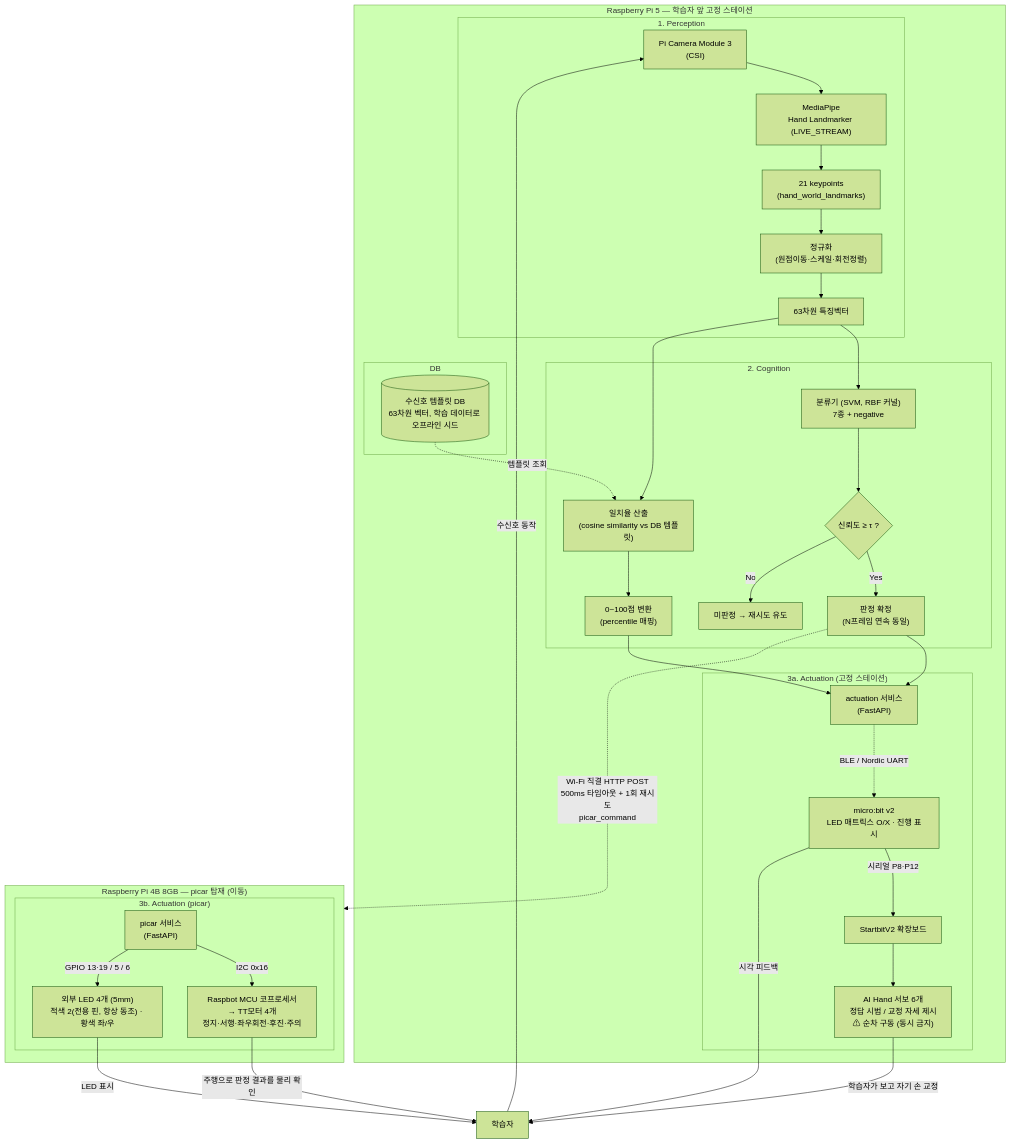
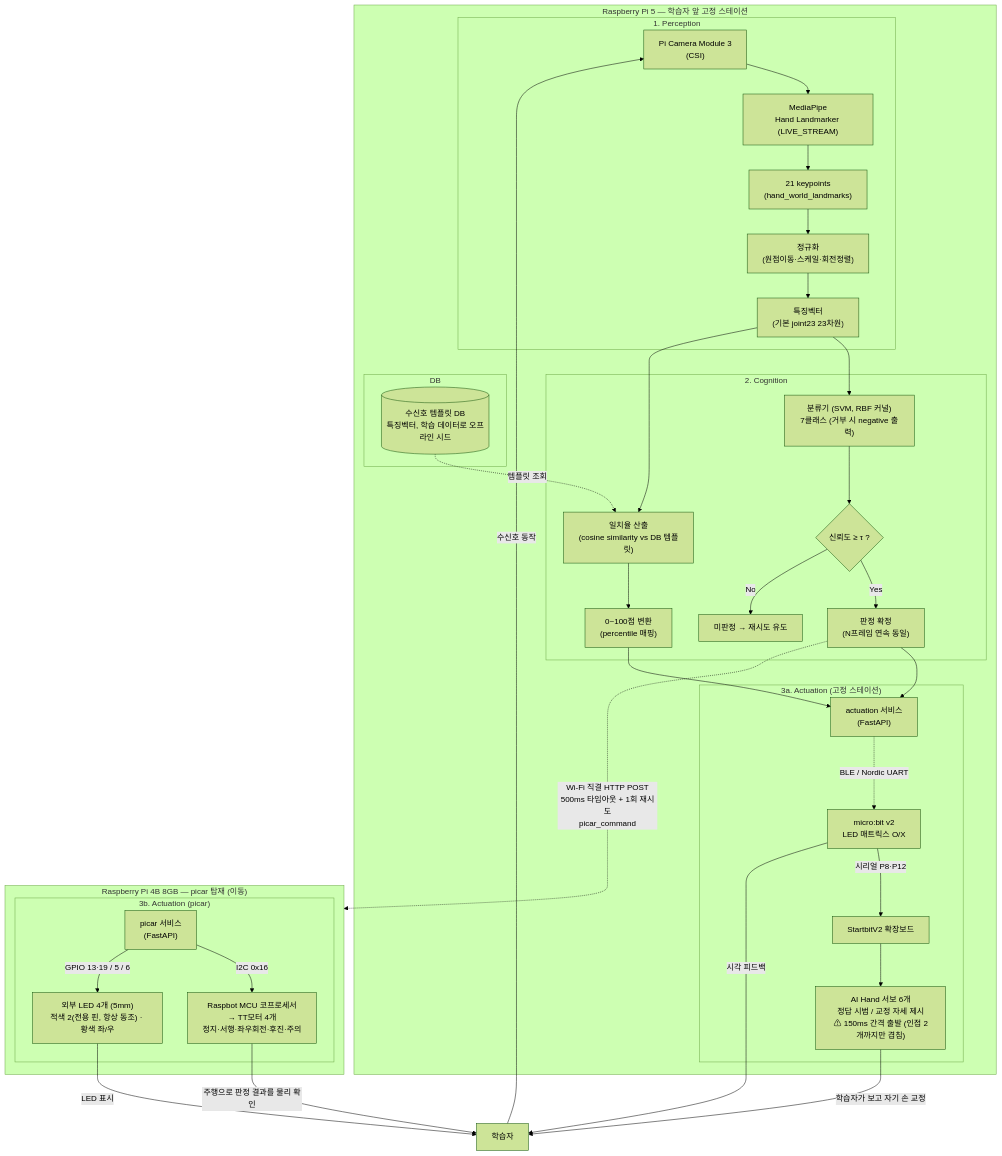
One commit to Lee35678/SafeSign_PhysicalAI changed the diagram in document/02_설계문서.md. Above: the diagram before and after it, drawn with Mermaid (forest theme). The commit also changed other lines of this file and 18 other files, not shown here.

````diff
--- a/document/02_설계문서.md
+++ b/document/02_설계문서.md
@@ -266,49 +231,49 @@
 ```mermaid
 flowchart TD
     subgraph RPI5["Raspberry Pi 5 — 학습자 앞 고정 스테이션"]
         subgraph PERCEPTION["1. Perception"]
             D["Pi Camera Module 3<br/>(CSI)"] --> E["MediaPipe<br/>Hand Landmarker (LIVE_STREAM)"]
             E --> F["21 keypoints<br/>(hand_world_landmarks)"]
             F --> G["정규화<br/>(원점이동·스케일·회전정렬)"]
-            G --> H["63차원 특징벡터"]
+            G --> H["특징벡터<br/>(기본 joint23 23차원)"]
         end
 
         subgraph COGNITION["2. Cognition"]
-            H --> I["분류기 (SVM, RBF 커널)<br/>7종 + negative"]
+            H --> I["분류기 (SVM, RBF 커널)<br/>7클래스 (거부 시 negative 출력)"]
             H --> J["일치율 산출<br/>(cosine similarity vs DB 템플릿)"]
             I --> K{"신뢰도 ≥ τ ?"}
             K -->|Yes| L["판정 확정<br/>(N프레임 연속 동일)"]
             K -->|No| M["미판정 → 재시도 유도"]
             J --> N["0~100점 변환<br/>(percentile 매핑)"]
         end
 
         subgraph DB["DB"]
-            O[(수신호 템플릿 DB<br/>63차원 벡터, 학습 데이터로 오프라인 시드)]
+            O[(수신호 템플릿 DB<br/>특징벡터, 학습 데이터로 오프라인 시드)]
         end
         O -.템플릿 조회.-> J
 
         subgraph ACTUATION_LOCAL["3a. Actuation (고정 스테이션)"]
             L --> S1["actuation 서비스<br/>(FastAPI)"]
             N --> S1
-            S1 -.BLE / Nordic UART.-> S2["micro:bit v2<br/>LED 매트릭스 O/X · 진행 표시"]
+            S1 -.BLE / Nordic UART.-> S2["micro:bit v2<br/>LED 매트릭스 O/X"]
             S2 -->|"시리얼 P8·P12"| S3["StartbitV2 확장보드"]
-            S3 --> S4["AI Hand 서보 6개<br/>정답 시범 / 교정 자세 제시<br/>⚠ 순차 구동 (동시 금지)"]
+            S3 --> S4["AI Hand 서보 6개<br/>정답 시범 / 교정 자세 제시<br/>⚠ 150ms 간격 출발 (인접 2개까지만 겹침)"]
         end
     end
 
     L -.Wi-Fi 직결 HTTP POST<br/>500ms 타임아웃 + 1회 재시도<br/>picar_command.-> RPI4B
 
     subgraph RPI4B["Raspberry Pi 4B 8GB — picar 탑재 (이동)"]
         subgraph ACTUATION_PICAR["3b. Actuation (picar)"]
             R1["picar 서비스<br/>(FastAPI)"]
             R1 -->|"I2C 0x16"| R2["Raspbot MCU 코프로세서<br/>→ TT모터 4개<br/>정지·서행·좌우회전·후진·주의"]
             R1 -->|"GPIO 13·19 / 5 / 6"| R3["외부 LED 4개 (5mm)<br/>적색 2(전용 핀, 항상 동조) · 황색 좌/우"]
         end
     end
 
     A[학습자] -->|수신호 동작| D
     S4 -->|학습자가 보고 자기 손 교정| A
     S2 -->|시각 피드백| A
     R2 -->|주행으로 판정 결과를 물리 확인| A
     R3 -->|LED 표시| A
 ```
````
